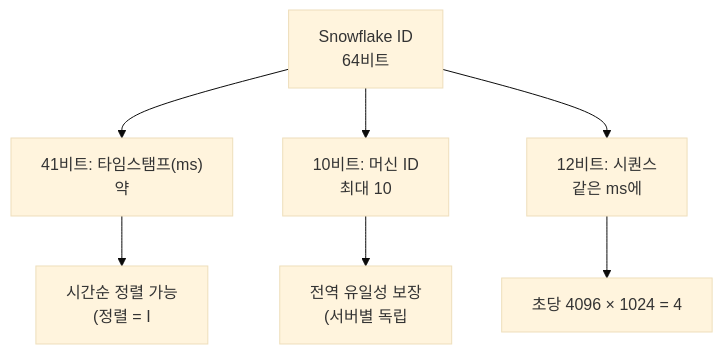
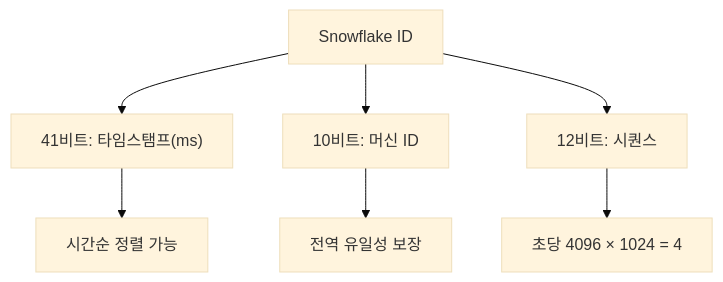
One commit to yjkim2015/yjkim2015.github.io changed the fifth of 9 diagrams in _posts/systemdesign/2026-05-02-system-design-chat.md. Above: the diagram before and after it, drawn with Mermaid (base theme). The commit also changed other lines of this file and 217 other files, not shown here.

First line of the commit message:
Mermaid 크기 수정: useMaxWidth:true + SVG max-width:100% + 라벨 축소

````diff
--- a/_posts/systemdesign/2026-05-02-system-design-chat.md
+++ b/_posts/systemdesign/2026-05-02-system-design-chat.md
@@ -172,10 +172,10 @@
 ```mermaid
 graph TD
-    Snow["Snowflake ID\n64비트"]
-    Snow --> T["41비트: 타임스탬프(ms)\n약"]
-    Snow --> M["10비트: 머신 ID\n최대 10"]
-    Snow --> S["12비트: 시퀀스\n같은 ms에"]
-    T --> Benefit1["시간순 정렬 가능\n(정렬 = I"]
-    M --> Benefit2["전역 유일성 보장\n(서버별 독립"]
+    Snow["Snowflake ID"]
+    Snow --> T["41비트: 타임스탬프(ms)"]
+    Snow --> M["10비트: 머신 ID"]
+    Snow --> S["12비트: 시퀀스"]
+    T --> Benefit1["시간순 정렬 가능"]
+    M --> Benefit2["전역 유일성 보장"]
     S --> Benefit3["초당 4096 × 1024 = 4"]
 ```
````
